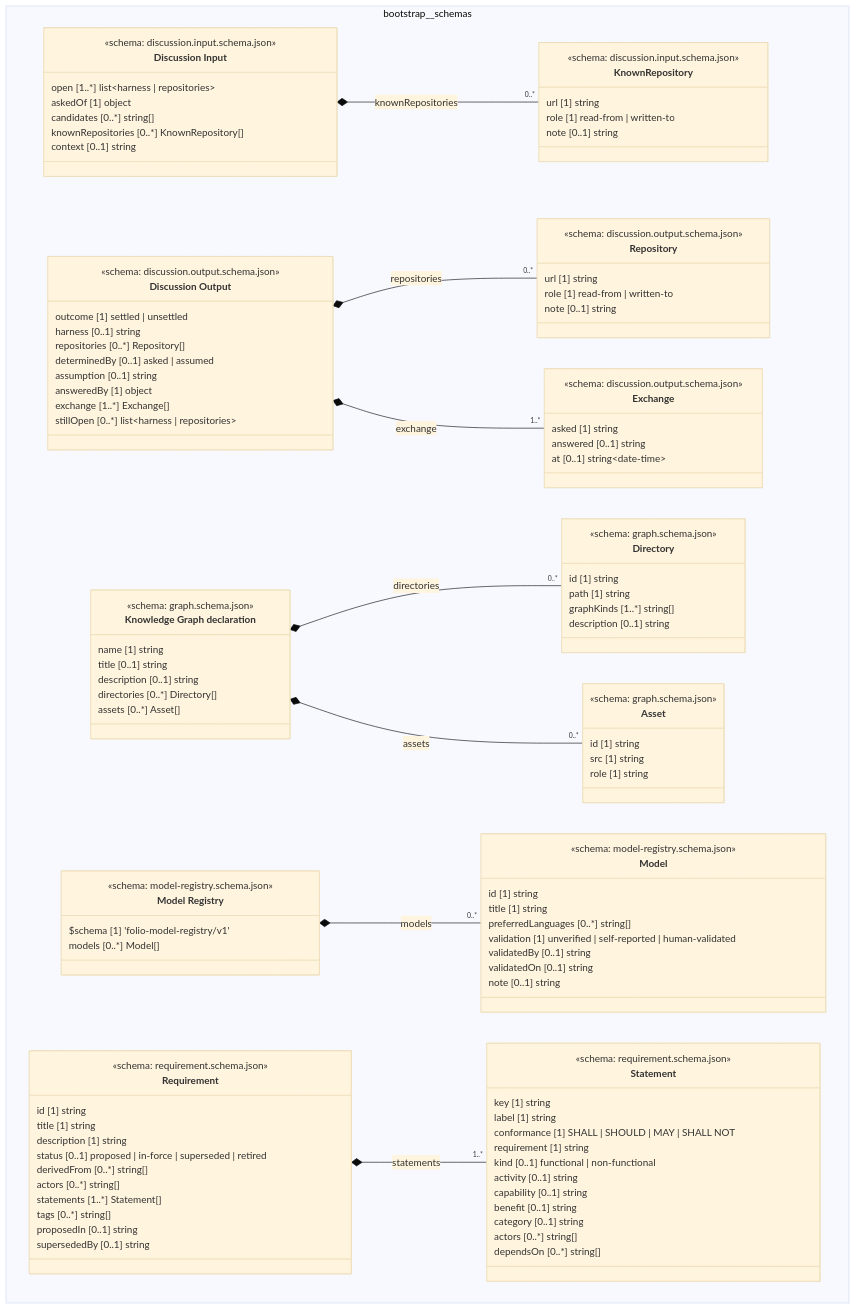
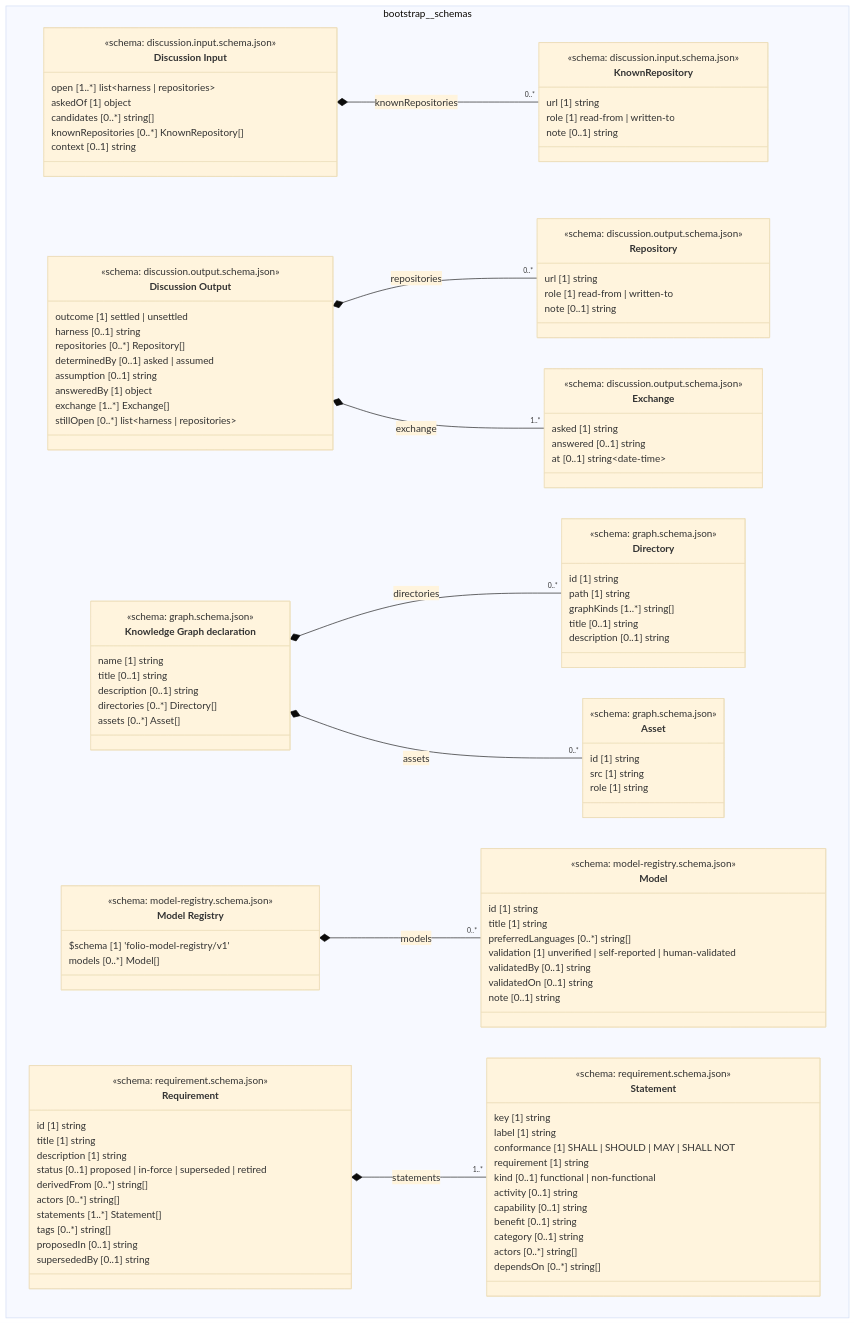
The diagram in cat-harness/uml/overview/bootstrap/schemas.mmd (litlfred/folio-assistant), drawn with Mermaid (base theme) before and after one commit. The commit also changed 151 other files, not shown here.

```diff
--- a/cat-harness/uml/overview/bootstrap/schemas.mmd
+++ b/cat-harness/uml/overview/bootstrap/schemas.mmd
@@ -1,123 +1,124 @@
 classDiagram
   direction TB
   namespace bootstrap__schemas {
     class bootstrap_schemas_discussion_input_schema_json_KnownRepository["KnownRepository"] {
       <<schema: discussion.input.schema.json>>
       url [1] string
       role [1] read-from | written-to
       note [0..1] string
     }
     class bootstrap_schemas_discussion_input_schema_json_Discussion_Input["Discussion Input"] {
       <<schema: discussion.input.schema.json>>
       open [1..*] list~harness | repositories~
       askedOf [1] object
       candidates [0..*] string[]
       knownRepositories [0..*] KnownRepository[]
       context [0..1] string
     }
     class bootstrap_schemas_discussion_output_schema_json_Repository["Repository"] {
       <<schema: discussion.output.schema.json>>
       url [1] string
       role [1] read-from | written-to
       note [0..1] string
     }
     class bootstrap_schemas_discussion_output_schema_json_Exchange["Exchange"] {
       <<schema: discussion.output.schema.json>>
       asked [1] string
       answered [0..1] string
       at [0..1] string~date-time~
     }
     class bootstrap_schemas_discussion_output_schema_json_Discussion_Output["Discussion Output"] {
       <<schema: discussion.output.schema.json>>
       outcome [1] settled | unsettled
       harness [0..1] string
       repositories [0..*] Repository[]
       determinedBy [0..1] asked | assumed
       assumption [0..1] string
       answeredBy [1] object
       exchange [1..*] Exchange[]
       stillOpen [0..*] list~harness | repositories~
     }
     class bootstrap_schemas_graph_schema_json_Directory["Directory"] {
       <<schema: graph.schema.json>>
       id [1] string
       path [1] string
       graphKinds [1..*] string[]
+      title [0..1] string
       description [0..1] string
     }
     class bootstrap_schemas_graph_schema_json_Asset["Asset"] {
       <<schema: graph.schema.json>>
       id [1] string
       src [1] string
       role [1] string
     }
     class bootstrap_schemas_graph_schema_json_Knowledge_Graph_declaration["Knowledge Graph declaration"] {
       <<schema: graph.schema.json>>
       name [1] string
       title [0..1] string
       description [0..1] string
       directories [0..*] Directory[]
       assets [0..*] Asset[]
     }
     class bootstrap_schemas_model_registry_schema_json_Model["Model"] {
       <<schema: model-registry.schema.json>>
       id [1] string
       title [1] string
       preferredLanguages [0..*] string[]
       validation [1] unverified | self-reported | human-validated
       validatedBy [0..1] string
       validatedOn [0..1] string
       note [0..1] string
     }
     class bootstrap_schemas_model_registry_schema_json_Model_Registry["Model Registry"] {
       <<schema: model-registry.schema.json>>
       $schema [1] 'folio-model-registry/v1'
       models [0..*] Model[]
     }
     class bootstrap_schemas_requirement_schema_json_Statement["Statement"] {
       <<schema: requirement.schema.json>>
       key [1] string
       label [1] string
       conformance [1] SHALL | SHOULD | MAY | SHALL NOT
       requirement [1] string
       kind [0..1] functional | non-functional
       activity [0..1] string
       capability [0..1] string
       benefit [0..1] string
       category [0..1] string
       actors [0..*] string[]
       dependsOn [0..*] string[]
     }
     class bootstrap_schemas_requirement_schema_json_Requirement["Requirement"] {
       <<schema: requirement.schema.json>>
       id [1] string
       title [1] string
       description [1] string
       status [0..1] proposed | in-force | superseded | retired
       derivedFrom [0..*] string[]
       actors [0..*] string[]
       statements [1..*] Statement[]
       tags [0..*] string[]
       proposedIn [0..1] string
       supersededBy [0..1] string
     }
   }
   bootstrap_schemas_discussion_input_schema_json_Discussion_Input *-- "0..*" bootstrap_schemas_discussion_input_schema_json_KnownRepository : knownRepositories
   bootstrap_schemas_discussion_output_schema_json_Discussion_Output *-- "0..*" bootstrap_schemas_discussion_output_schema_json_Repository : repositories
   bootstrap_schemas_discussion_output_schema_json_Discussion_Output *-- "1..*" bootstrap_schemas_discussion_output_schema_json_Exchange : exchange
   bootstrap_schemas_graph_schema_json_Knowledge_Graph_declaration *-- "0..*" bootstrap_schemas_graph_schema_json_Directory : directories
   bootstrap_schemas_graph_schema_json_Knowledge_Graph_declaration *-- "0..*" bootstrap_schemas_graph_schema_json_Asset : assets
   bootstrap_schemas_model_registry_schema_json_Model_Registry *-- "0..*" bootstrap_schemas_model_registry_schema_json_Model : models
   bootstrap_schemas_requirement_schema_json_Requirement *-- "1..*" bootstrap_schemas_requirement_schema_json_Statement : statements
   cssClass "bootstrap_schemas_discussion_input_schema_json_KnownRepository" fa_uml_kind_schemas
   cssClass "bootstrap_schemas_discussion_input_schema_json_Discussion_Input" fa_uml_kind_schemas
   cssClass "bootstrap_schemas_discussion_output_schema_json_Repository" fa_uml_kind_schemas
   cssClass "bootstrap_schemas_discussion_output_schema_json_Exchange" fa_uml_kind_schemas
   cssClass "bootstrap_schemas_discussion_output_schema_json_Discussion_Output" fa_uml_kind_schemas
   cssClass "bootstrap_schemas_graph_schema_json_Directory" fa_uml_kind_schemas
   cssClass "bootstrap_schemas_graph_schema_json_Asset" fa_uml_kind_schemas
   cssClass "bootstrap_schemas_graph_schema_json_Knowledge_Graph_declaration" fa_uml_kind_schemas
   cssClass "bootstrap_schemas_model_registry_schema_json_Model" fa_uml_kind_schemas
   cssClass "bootstrap_schemas_model_registry_schema_json_Model_Registry" fa_uml_kind_schemas
   cssClass "bootstrap_schemas_requirement_schema_json_Statement" fa_uml_kind_schemas
   cssClass "bootstrap_schemas_requirement_schema_json_Requirement" fa_uml_kind_schemas
```
